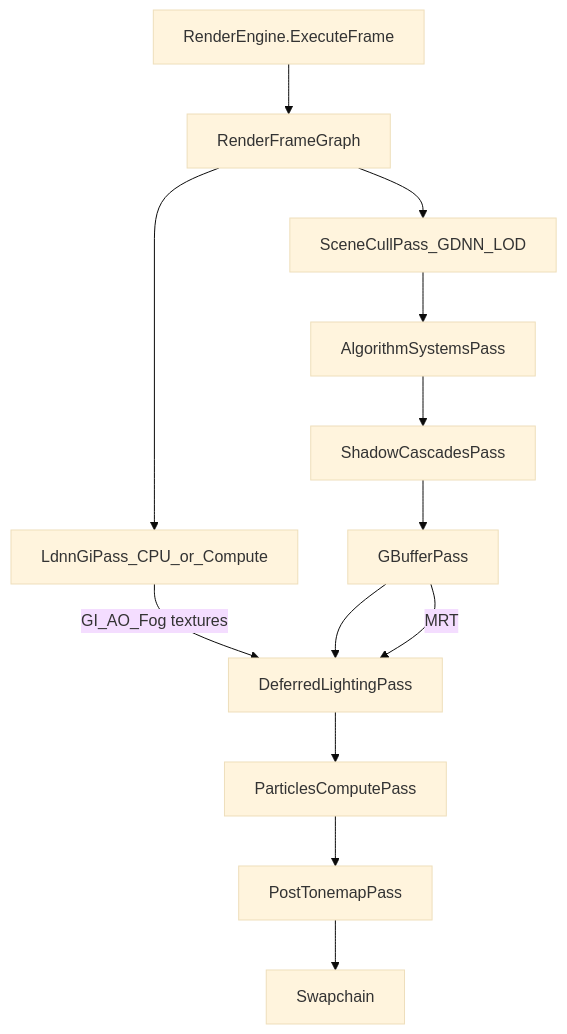
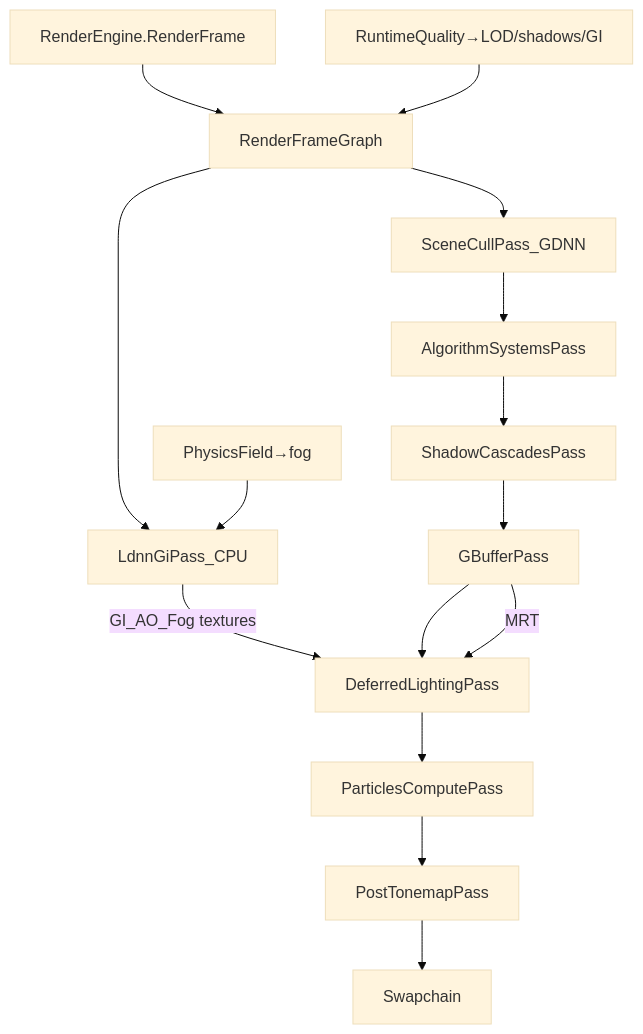
Before and after one commit to QuantumHacker10/Synapse: the second of 7 diagrams in docs/ARCHITECTURE.md, drawn with Mermaid (base theme). The commit also changed other lines of this file and 21 other files, not shown here.

First line of the commit message:
feat(runtime): native multi-module frame/render pipeline

````diff
--- a/docs/ARCHITECTURE.md
+++ b/docs/ARCHITECTURE.md
@@ -65,20 +72,24 @@
 ```mermaid
 flowchart TB
-  RE[RenderEngine.ExecuteFrame]
+  RE[RenderEngine.RenderFrame]
   FG[RenderFrameGraph]
-  LDNN[LdnnGiPass_CPU_or_Compute]
-  CULL[SceneCullPass_GDNN_LOD]
+  LDNN[LdnnGiPass_CPU]
+  CULL[SceneCullPass_GDNN]
   ALG[AlgorithmSystemsPass]
   SH[ShadowCascadesPass]
   GB[GBufferPass]
   LIT[DeferredLightingPass]
   PART[ParticlesComputePass]
   PP[PostTonemapPass]
   SW[Swapchain]
+  Q[RuntimeQuality→LOD/shadows/GI]
+  PHY[PhysicsField→fog]
 
   RE --> FG
+  PHY --> LDNN
+  Q --> FG
   FG --> LDNN
   FG --> CULL --> ALG --> SH --> GB --> LIT --> PART --> PP --> SW
   LDNN -->|GI_AO_Fog textures| LIT
   GB -->|MRT| LIT
 ```
````
